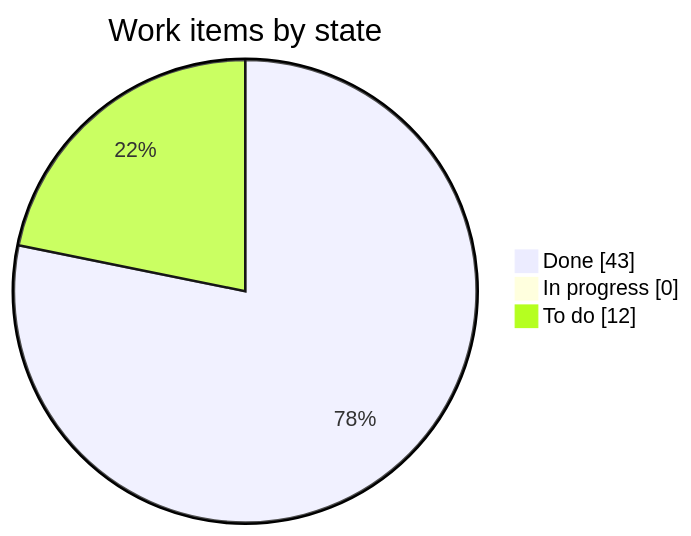
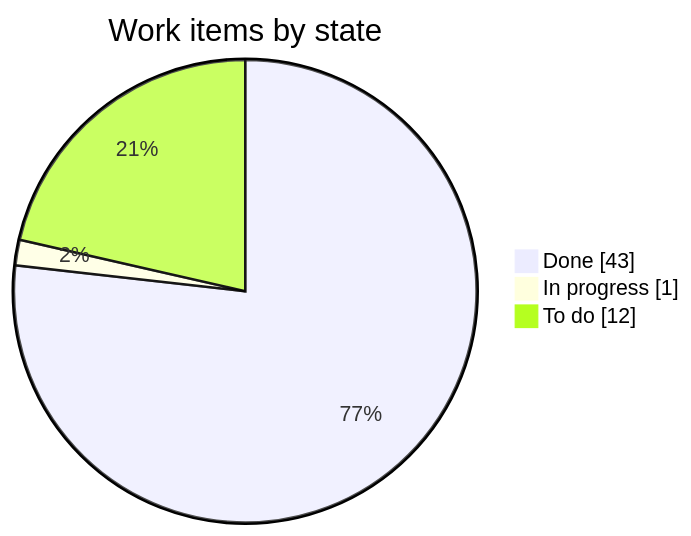
One commit to LoMagnette/ghost-light changed the first of 2 diagrams in STATUS.md. Above: the diagram before and after it, drawn with Mermaid. The commit also changed other lines of this file and 7 other files, not shown here.

````diff
--- a/STATUS.md
+++ b/STATUS.md
@@ -31,7 +31,7 @@
 ```mermaid
 pie showData
     title Work items by state
     "Done" : 43
-    "In progress" : 0
+    "In progress" : 1
     "To do" : 12
 ```
````
